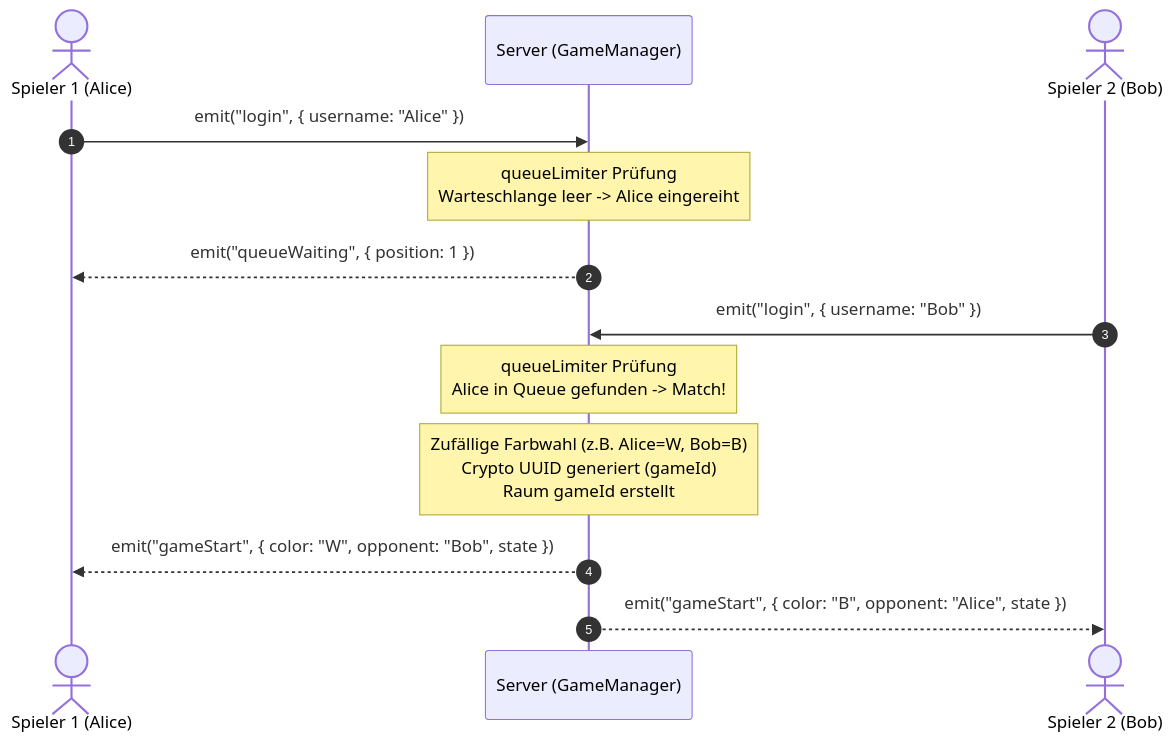
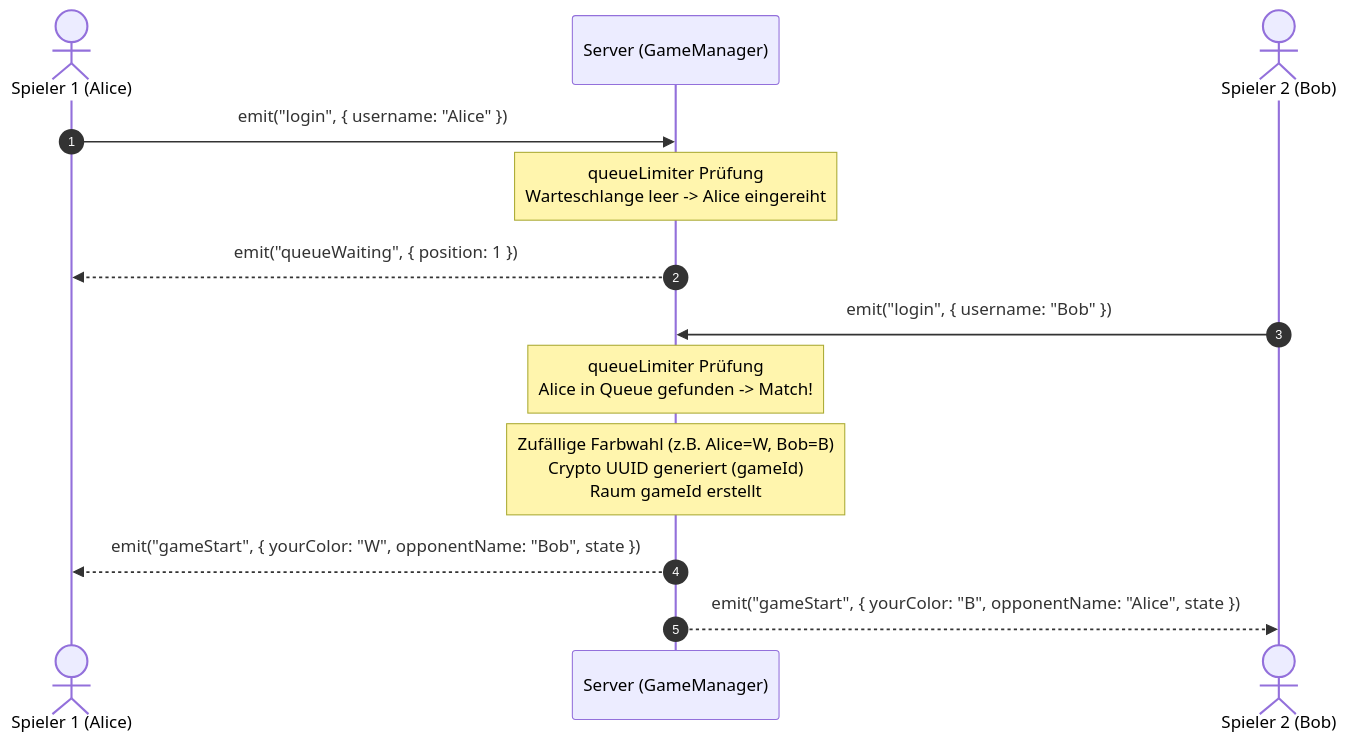
One commit to sventurbo/MuehleJS changed the sixth of 10 diagrams in Systemmodel.md. Above: the diagram before and after it, drawn with Mermaid. The commit also changed other lines of this file and 48 other files, not shown here.

````diff
--- a/Systemmodel.md
+++ b/Systemmodel.md
@@ -338,18 +338,18 @@
 ```mermaid
 sequenceDiagram
     autonumber
     actor P1 as Spieler 1 (Alice)
     participant S as Server (GameManager)
     actor P2 as Spieler 2 (Bob)
 
     P1->>S: emit("login", { username: "Alice" })
     Note over S: queueLimiter Prüfung<br/>Warteschlange leer -> Alice eingereiht
     S-->>P1: emit("queueWaiting", { position: 1 })
 
     P2->>S: emit("login", { username: "Bob" })
     Note over S: queueLimiter Prüfung<br/>Alice in Queue gefunden -> Match!
     Note over S: Zufällige Farbwahl (z.B. Alice=W, Bob=B)<br/>Crypto UUID generiert (gameId)<br/>Raum gameId erstellt
 
-    S-->>P1: emit("gameStart", { color: "W", opponent: "Bob", state })
-    S-->>P2: emit("gameStart", { color: "B", opponent: "Alice", state })
+    S-->>P1: emit("gameStart", { yourColor: "W", opponentName: "Bob", state })
+    S-->>P2: emit("gameStart", { yourColor: "B", opponentName: "Alice", state })
 ```
````
